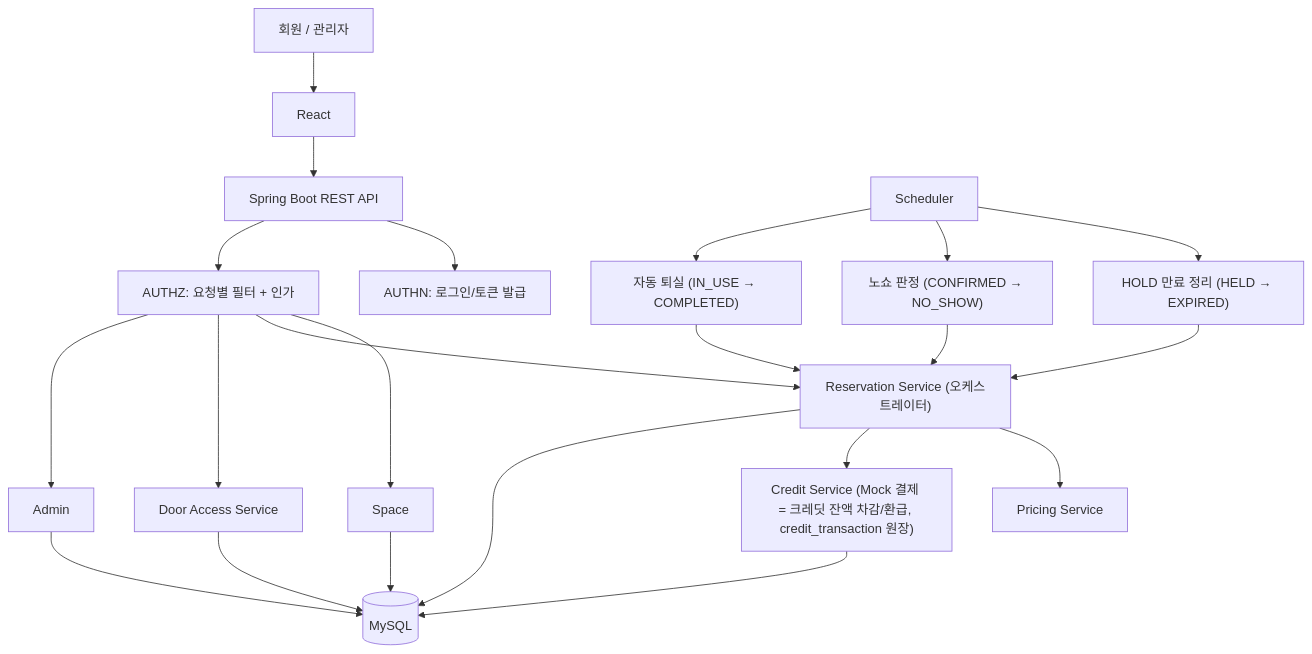
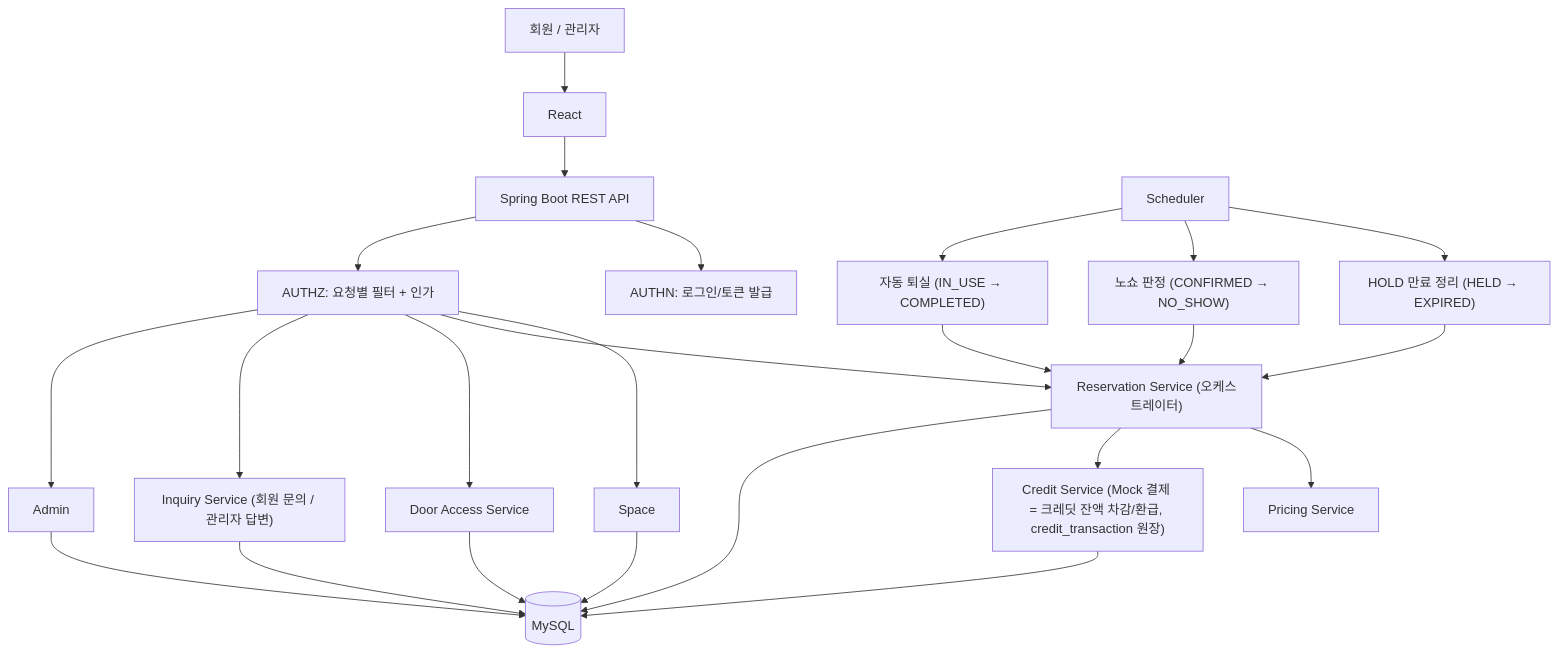
The diagram in docs/system-architecture.md (Lemnoideae/NBE12-14-2-OVENGERS), drawn with Mermaid before and after one commit. The commit also changed other lines of this file and 2 other files, not shown here.

````diff
--- a/docs/system-architecture.md
+++ b/docs/system-architecture.md
@@ -29,27 +30,29 @@
 ```mermaid
 flowchart TD
     USER["회원 / 관리자"] --> FE["React"]
     FE --> API["Spring Boot REST API"]
 
     API --> AUTHN["AUTHN: 로그인/토큰 발급"]
     API --> AUTHZ["AUTHZ: 요청별 필터 + 인가"]
     AUTHZ --> SPACE["Space"]
     AUTHZ --> RES["Reservation Service (오케스트레이터)"]
     AUTHZ --> ACCESS["Door Access Service"]
+    AUTHZ --> INQUIRY["Inquiry Service (회원 문의 / 관리자 답변)"]
     AUTHZ --> ADMIN["Admin"]
 
     RES --> PRICING["Pricing Service"]
     RES --> CREDIT["Credit Service (Mock 결제 = 크레딧 잔액 차감/환급, credit_transaction 원장)"]
     SCHED["Scheduler"] --> JOB1["HOLD 만료 정리 (HELD → EXPIRED)"]
     SCHED --> JOB2["노쇼 판정 (CONFIRMED → NO_SHOW)"]
     SCHED --> JOB3["자동 퇴실 (IN_USE → COMPLETED)"]
     JOB1 --> RES
     JOB2 --> RES
     JOB3 --> RES
 
     SPACE --> DB[("MySQL")]
     RES --> DB
     CREDIT --> DB
     ACCESS --> DB
+    INQUIRY --> DB
     ADMIN --> DB
 ```
````
